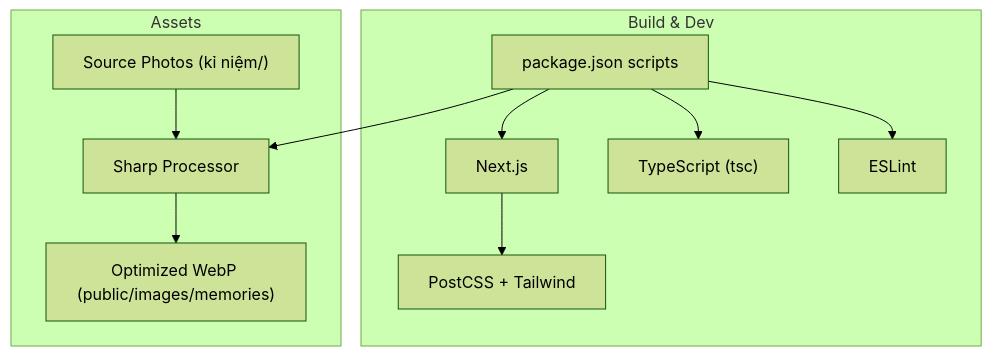
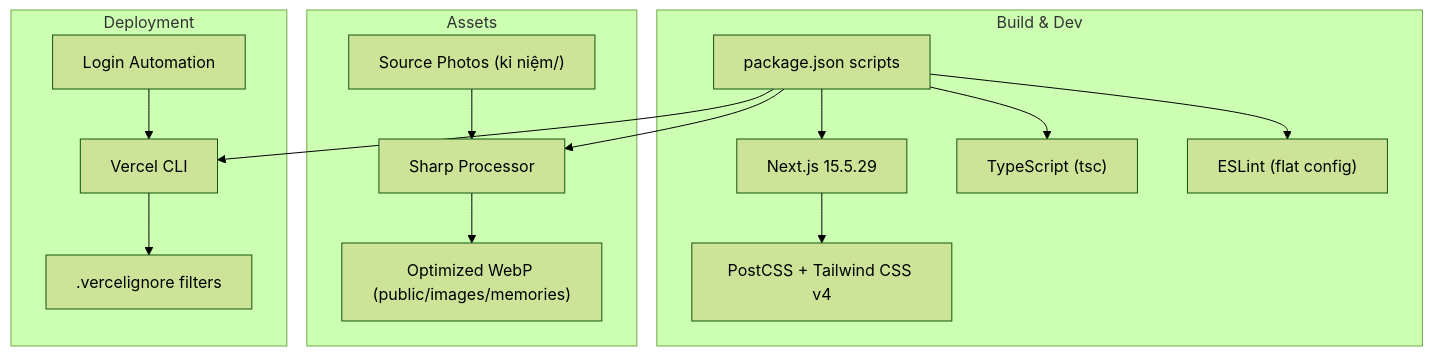
The second of 4 diagrams in .qoder/repowiki/en/content/Implementation Guide/Build Tooling and Configuration.md (quangkiet1/anh-xin-loi), drawn with Mermaid (forest theme) before and after one commit. The commit also changed other lines of this file and 13 other files, not shown here.

````diff
--- a/.qoder/repowiki/en/content/Implementation Guide/Build Tooling and Configuration.md
+++ b/.qoder/repowiki/en/content/Implementation Guide/Build Tooling and Configuration.md
@@ -86,22 +111,30 @@
 ```mermaid
 graph TB
 subgraph "Build & Dev"
 P["package.json scripts"]
-N["Next.js"]
+N["Next.js 15.5.29"]
 T["TypeScript (tsc)"]
-E["ESLint"]
-S["PostCSS + Tailwind"]
+E["ESLint (flat config)"]
+S["PostCSS + Tailwind CSS v4"]
 end
 subgraph "Assets"
 M["Source Photos (kỉ niệm/)"]
 R["Sharp Processor"]
 O["Optimized WebP (public/images/memories)"]
 end
+subgraph "Deployment"
+V["Vercel CLI"]
+D[".vercelignore filters"]
+L["Login Automation"]
+end
 P --> N
 P --> T
 P --> E
 P --> R
+P --> V
 N --> S
 R --> O
 M --> R
+V --> D
+L --> V
 ```
````
